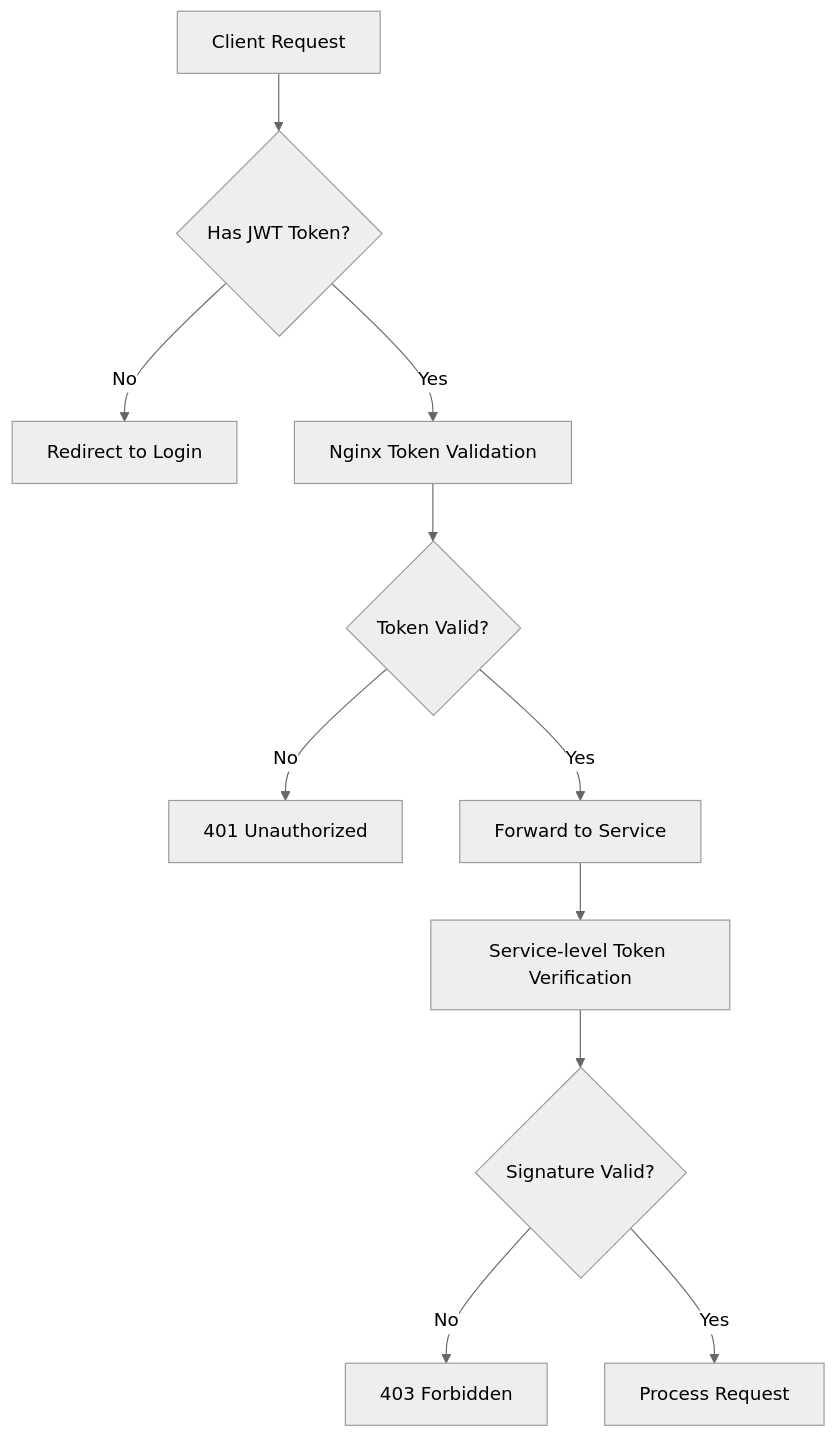
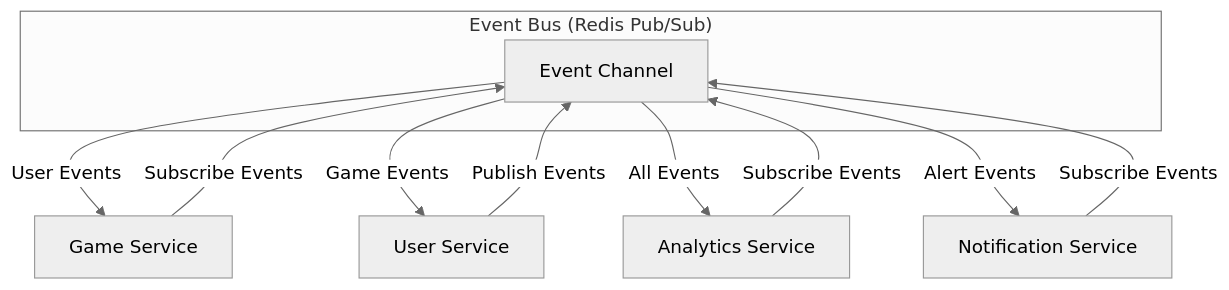
The fourth of 10 diagrams in ARCHITECTURE.md (tanminkwan/test2), drawn with Mermaid (neutral theme) before and after one commit. The commit also changed other lines of this file and 26 other files, not shown here.

````diff
--- a/ARCHITECTURE.md
+++ b/ARCHITECTURE.md
@@ -242,13 +293,16 @@
 ```mermaid
-graph TD
-    A[Client Request] --> B{Has JWT Token?}
-    B -->|No| C[Redirect to Login]
-    B -->|Yes| D[Nginx Token Validation]
-    D --> E{Token Valid?}
-    E -->|No| F[401 Unauthorized]
-    E -->|Yes| G[Forward to Service]
-    G --> H[Service-level Token Verification]
-    H --> I{Signature Valid?}
-    I -->|No| J[403 Forbidden]
-    I -->|Yes| K[Process Request]
+graph TB
+    subgraph "Event Bus (Redis Pub/Sub)"
+        E[Event Channel]
+    end
+    
+    A[User Service] -->|Publish Events| E
+    B[Game Service] -->|Subscribe Events| E
+    C[Analytics Service] -->|Subscribe Events| E
+    D[Notification Service] -->|Subscribe Events| E
+    
+    E -->|User Events| B
+    E -->|Game Events| A
+    E -->|All Events| C
+    E -->|Alert Events| D
 ```
````
